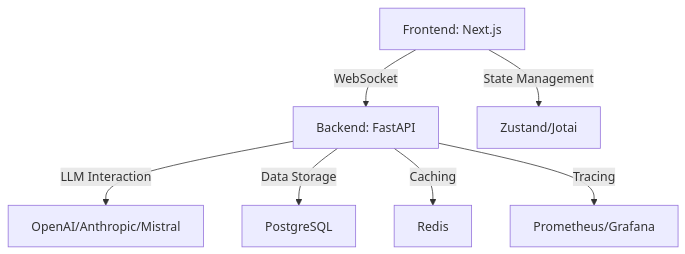
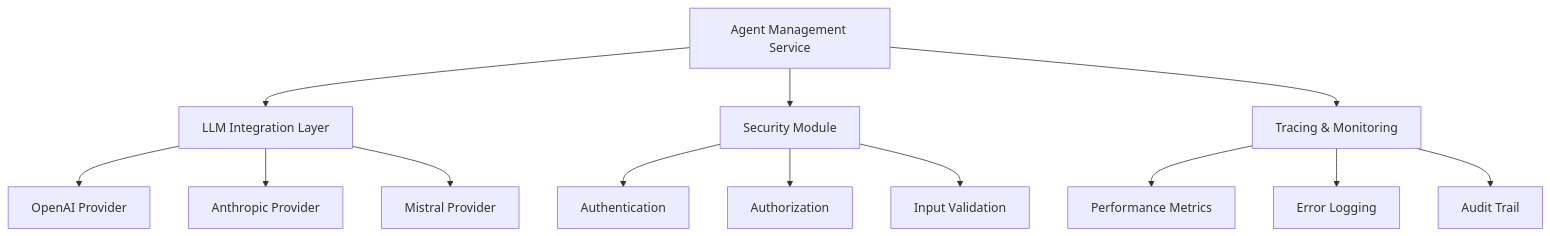
Before and after one commit to ivan-meer/agents-sdk-web-ui: the first of 2 diagrams in docs/ARCHITECTURE.md, drawn with Mermaid. The commit also changed other lines of this file and 14 other files, not shown here.

````diff
--- a/docs/ARCHITECTURE.md
+++ b/docs/ARCHITECTURE.md
@@ -51,9 +25,18 @@
 ```mermaid
 graph TD
-    A[Frontend: Next.js] -->|WebSocket| B[Backend: FastAPI]
-    B -->|LLM Interaction| C[OpenAI/Anthropic/Mistral]
-    B -->|Data Storage| D[PostgreSQL]
-    B -->|Caching| E[Redis]
-    A -->|State Management| F[Zustand/Jotai]
-    B -->|Tracing| G[Prometheus/Grafana]
+    A[Agent Management Service] --> B[LLM Integration Layer]
+    A --> C[Security Module]
+    A --> D[Tracing & Monitoring]
+    
+    B --> E[OpenAI Provider]
+    B --> F[Anthropic Provider]
+    B --> G[Mistral Provider]
+    
+    C --> H[Authentication]
+    C --> I[Authorization]
+    C --> J[Input Validation]
+    
+    D --> K[Performance Metrics]
+    D --> L[Error Logging]
+    D --> M[Audit Trail]
 ```
````
